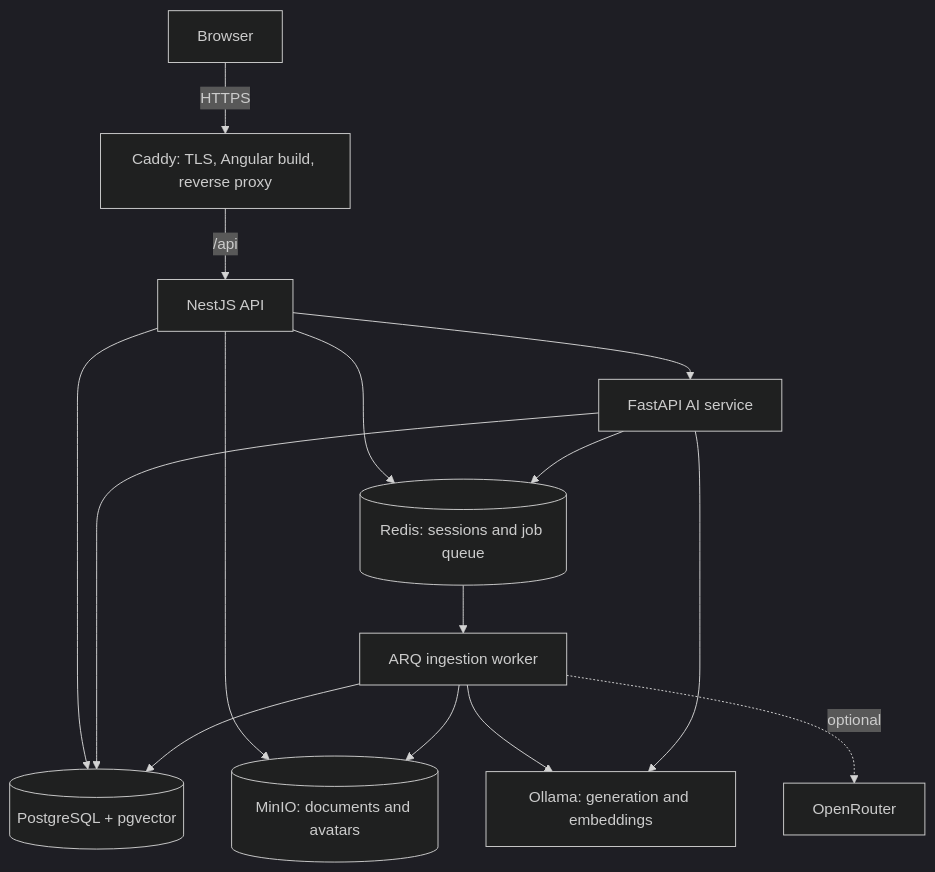
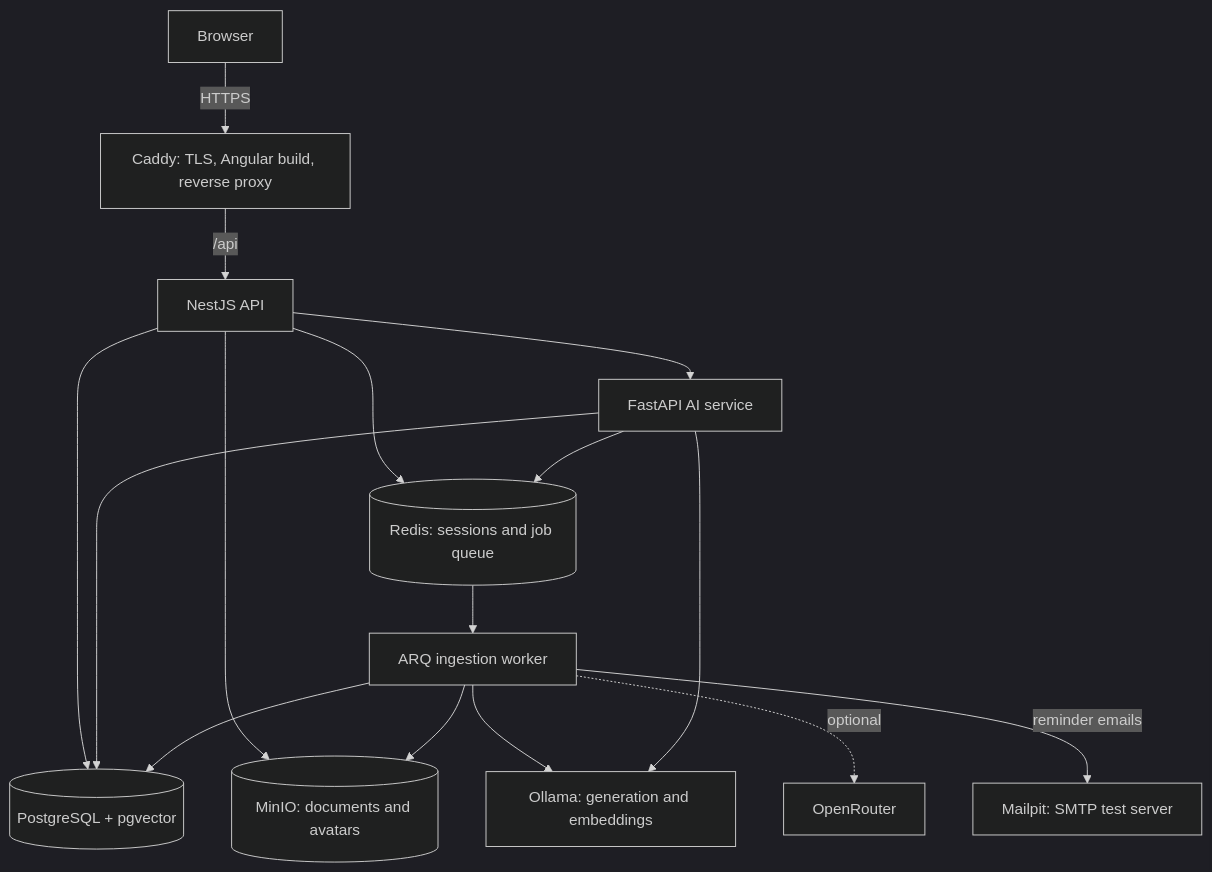
One commit to ghambrec/42-ft_transcendence-Archie changed the first of 2 diagrams in README.md. Above: the diagram before and after it, drawn with Mermaid (dark theme). The commit also changed other lines of this file, not shown here.

````diff
--- a/README.md
+++ b/README.md
@@ -165,17 +169,18 @@
 ```mermaid
 flowchart TD
     Browser[Browser] -- HTTPS --> Caddy[Caddy: TLS, Angular build, reverse proxy]
     Caddy -- /api --> API[NestJS API]
     API --> DB[(PostgreSQL + pgvector)]
     API --> Storage[(MinIO: documents and avatars)]
     API --> Redis[(Redis: sessions and job queue)]
     API --> AI[FastAPI AI service]
     AI --> DB
     AI --> Redis
     Redis --> Worker[ARQ ingestion worker]
     Worker --> Storage
     Worker --> DB
     Worker --> Ollama[Ollama: generation and embeddings]
     AI --> Ollama
     Worker -. optional .-> OpenRouter[OpenRouter]
+    Worker -- reminder emails --> Mailpit[Mailpit: SMTP test server]
 ```
````
